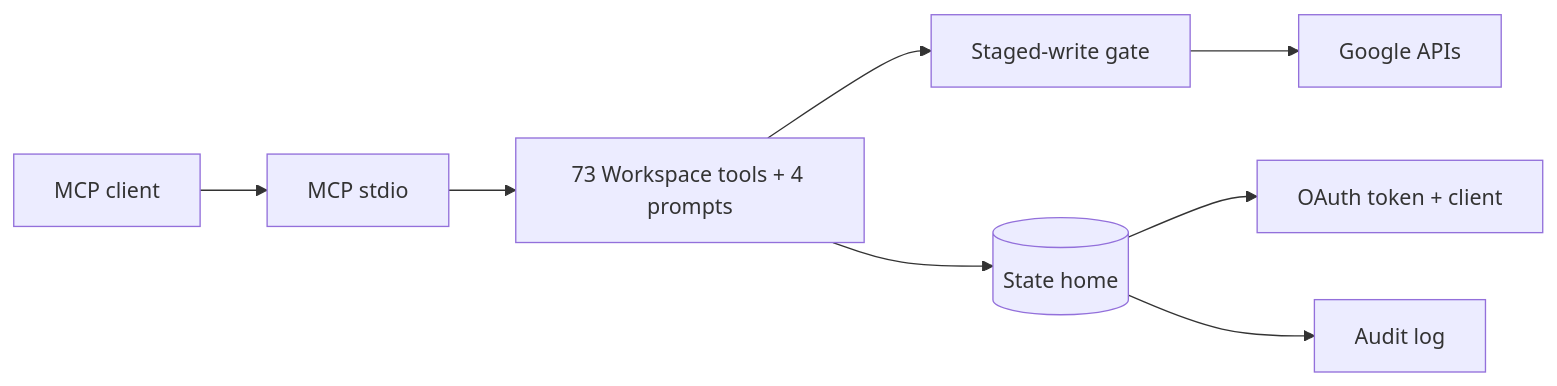
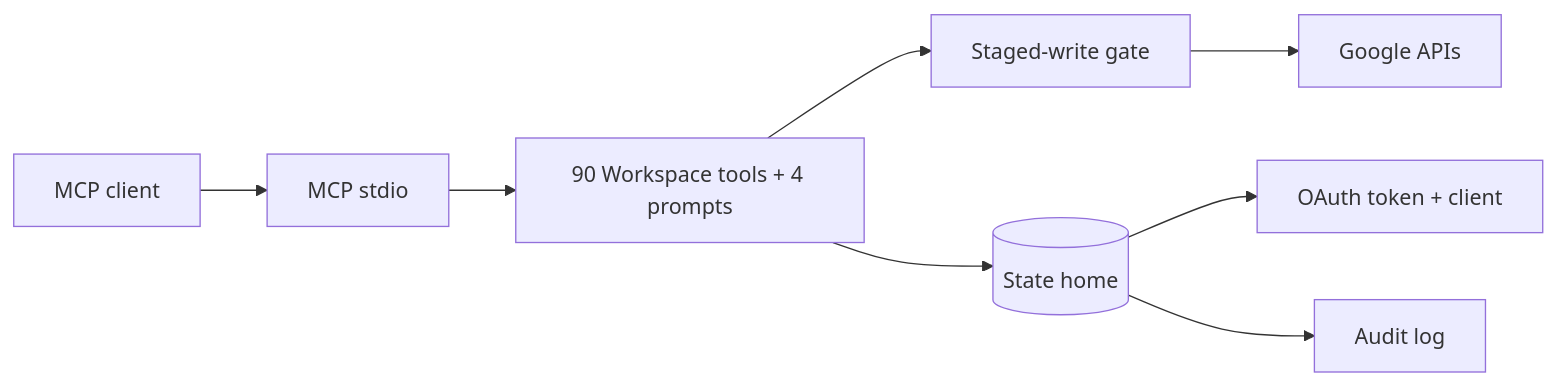
The diagram in README.md (cikeyz/google-workspace-mcp), drawn with Mermaid before and after one commit. The commit also changed other lines of this file and 10 other files, not shown here.

````diff
--- a/README.md
+++ b/README.md
@@ -79,10 +86,10 @@
 ```mermaid
 flowchart LR
   Client[MCP client] --> Stdio[MCP stdio]
-  Stdio --> Tools[73 Workspace tools + 4 prompts]
+  Stdio --> Tools[90 Workspace tools + 4 prompts]
   Tools --> Stage[Staged-write gate]
   Stage --> Google[Google APIs]
   Tools --> State[(State home)]
   State --> Token[OAuth token + client]
   State --> Audit[Audit log]
 ```
````
